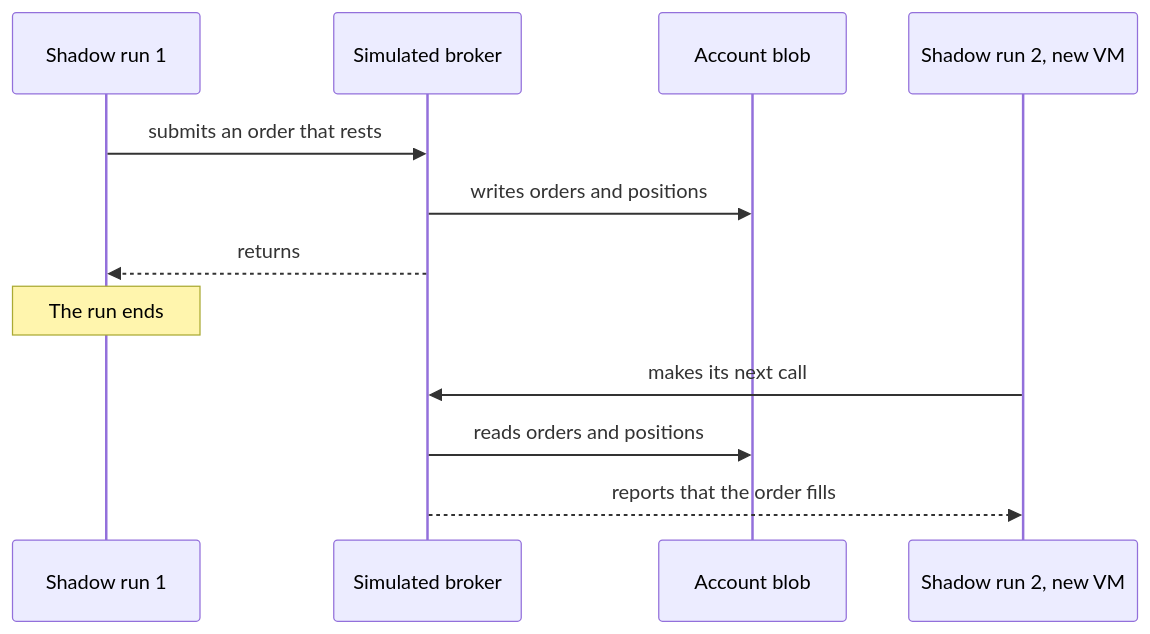
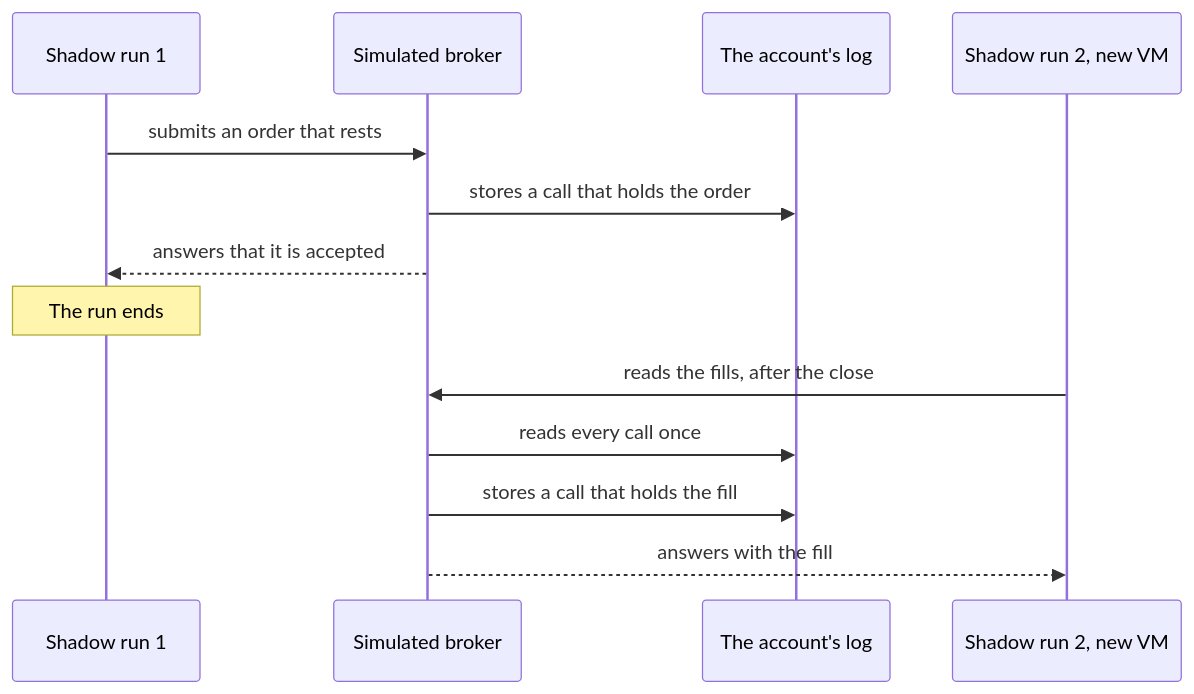
Before and after one commit to l3a0/ithildin-runtime: the third of 11 diagrams in docs/architecture/05-building-blocks.md, drawn with Mermaid. The commit also changed other lines of this file and 27 other files, not shown here.

First line of the commit message:
feat(execution): the simulated broker, its account's log and its faults

````diff
--- a/docs/architecture/05-building-blocks.md
+++ b/docs/architecture/05-building-blocks.md
@@ -241,14 +274,15 @@
 ```mermaid
 sequenceDiagram
     participant R1 as Shadow run 1
     participant S as Simulated broker
-    participant B as Account blob
+    participant B as The account's log
     participant R2 as Shadow run 2, new VM
     R1->>S: submits an order that rests
-    S->>B: writes orders and positions
-    S-->>R1: returns
+    S->>B: stores a call that holds the order
+    S-->>R1: answers that it is accepted
     Note over R1: The run ends
-    R2->>S: makes its next call
-    S->>B: reads orders and positions
-    S-->>R2: reports that the order fills
+    R2->>S: reads the fills, after the close
+    S->>B: reads every call once
+    S->>B: stores a call that holds the fill
+    S-->>R2: answers with the fill
 ```
````
